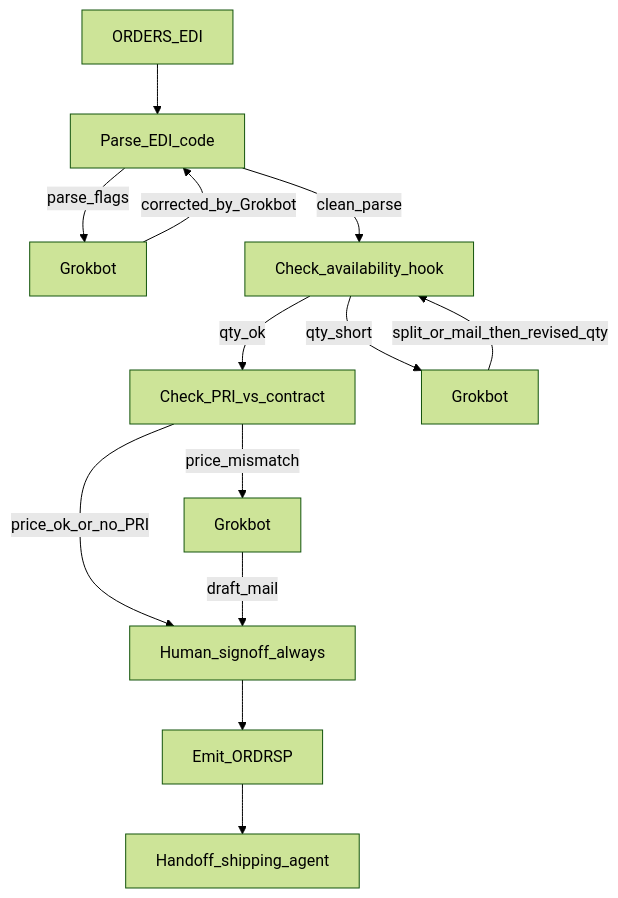
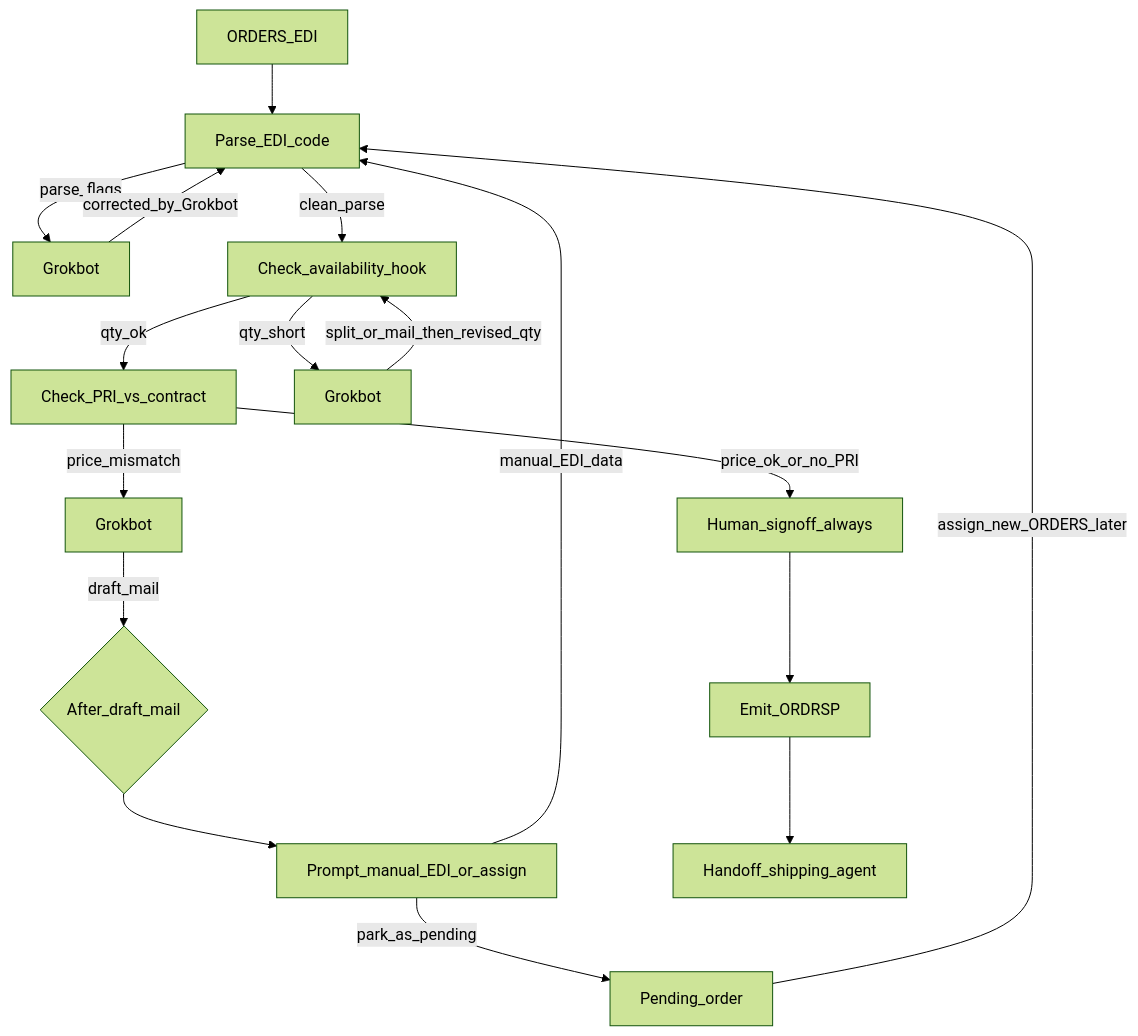
The diagram in order-dec.md (flavio-bernoni07/B.R.C-x-Grok), drawn with Mermaid (forest theme) before and after one commit. The commit also changed other lines of this file, not shown here.

Commit message:
Document price-mismatch human prompt and pending path

````diff
--- a/order-dec.md
+++ b/order-dec.md
@@ -35,15 +35,19 @@
 ```mermaid
 flowchart TD
   inOrders[ORDERS_EDI] --> parse[Parse_EDI_code]
   parse -->|parse_flags| grokParse[Grokbot]
   grokParse -->|corrected_by_Grokbot| parse
   parse -->|clean_parse| stock[Check_availability_hook]
   stock -->|qty_ok| price[Check_PRI_vs_contract]
   stock -->|qty_short| grokQty[Grokbot]
   grokQty -->|split_or_mail_then_revised_qty| stock
   price -->|price_ok_or_no_PRI| signoff[Human_signoff_always]
   price -->|price_mismatch| grokPrice[Grokbot]
-  grokPrice -->|draft_mail| signoff
+  grokPrice -->|draft_mail| priceSplit{After_draft_mail}
+  priceSplit --> priceHuman[Prompt_manual_EDI_or_assign]
+  priceHuman -->|manual_EDI_data| parse
+  priceHuman -->|park_as_pending| pending[Pending_order]
+  pending -->|assign_new_ORDERS_later| parse
   signoff --> ordrsp[Emit_ORDRSP]
   ordrsp --> ship[Handoff_shipping_agent]
 ```
````
